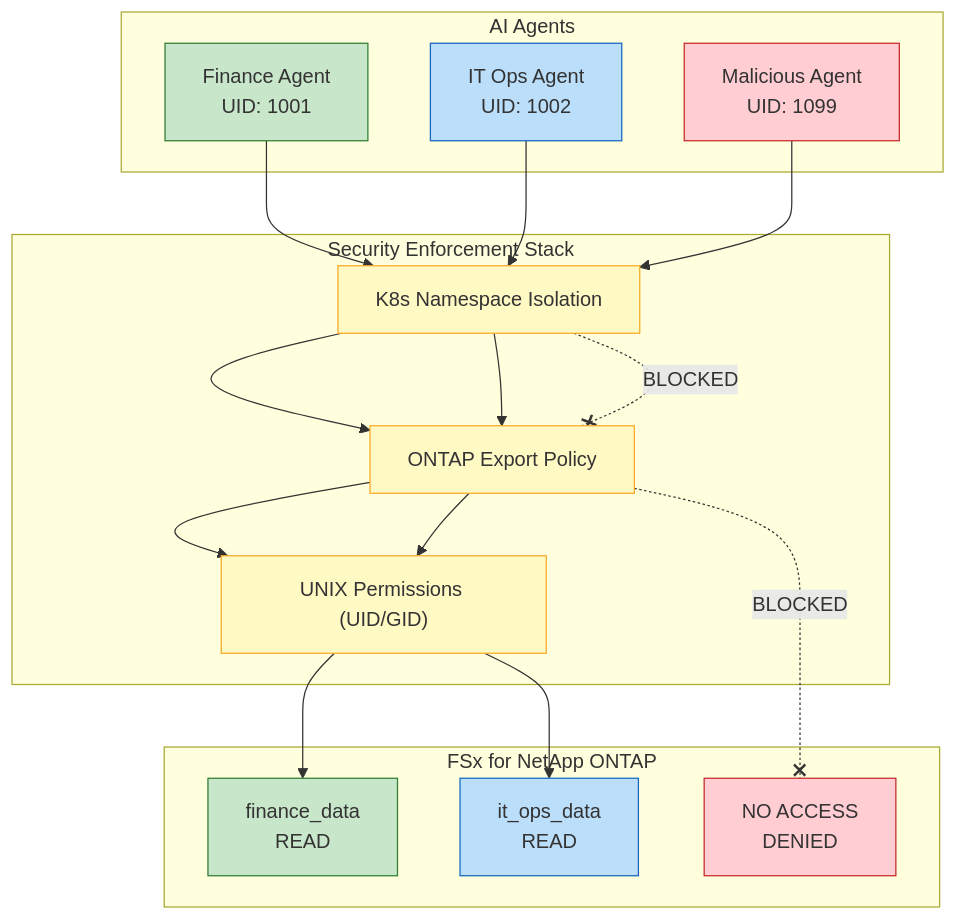
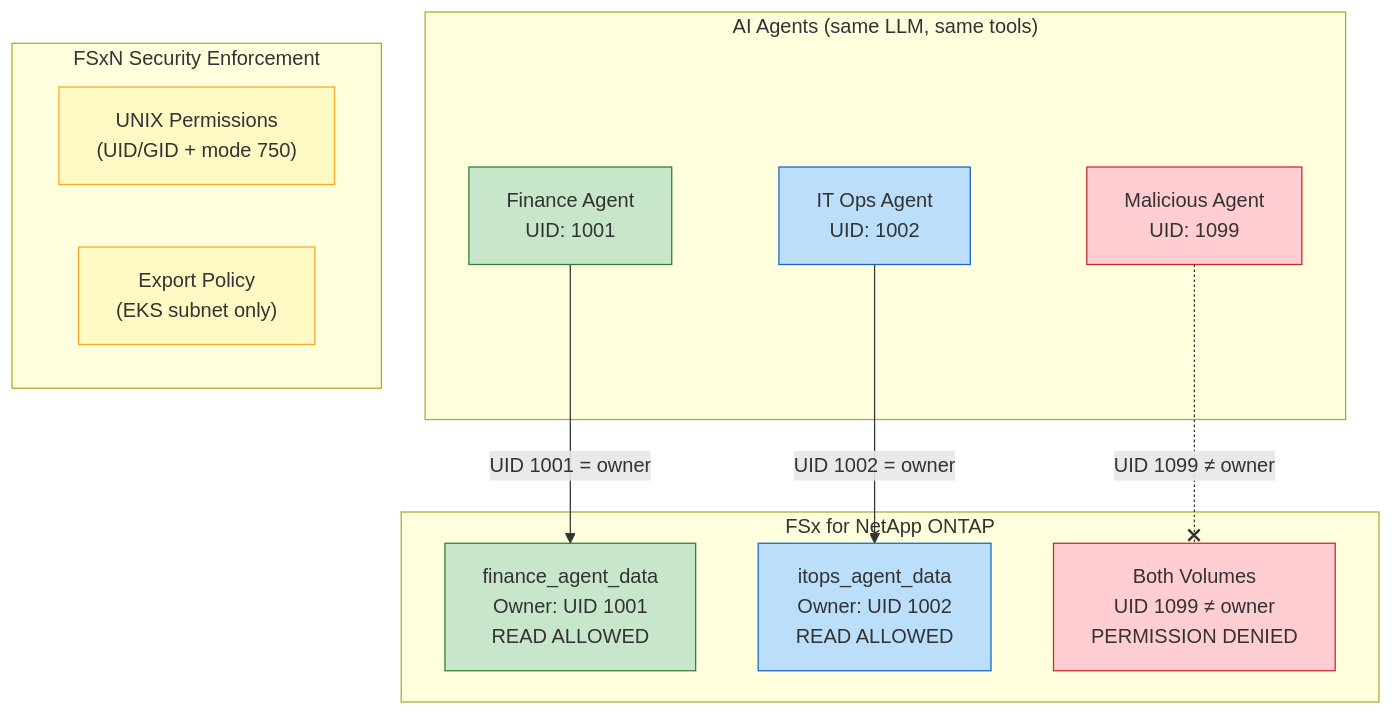
The first of 4 diagrams in content/600_module6_agentic_fsxn/650_Summary.md (git4example/genai-fsx-netapp-ontap-workshop-on-eks-auto), drawn with Mermaid before and after one commit. The commit also changed other lines of this file and 3 other files, not shown here.

First line of the commit message:
fix(module6): Align all module files with Trident PVC + UID-based security model

````diff
--- a/content/600_module6_agentic_fsxn/650_Summary.md
+++ b/content/600_module6_agentic_fsxn/650_Summary.md
@@ -10,34 +10,32 @@
 ```mermaid
 flowchart TD
-    subgraph Agents["AI Agents"]
+    subgraph Agents["AI Agents (same LLM, same tools)"]
         FA["Finance Agent\nUID: 1001"]
         IA["IT Ops Agent\nUID: 1002"]
         MA["Malicious Agent\nUID: 1099"]
     end
 
-    subgraph Security["Security Enforcement Stack"]
-        L1["K8s Namespace Isolation"]
-        L2["ONTAP Export Policy"]
-        L3["UNIX Permissions (UID/GID)"]
+    subgraph Security["FSxN Security Enforcement"]
+        L1["UNIX Permissions\n(UID/GID + mode 750)"]
+        L2["Export Policy\n(EKS subnet only)"]
     end
 
     subgraph FSxN["FSx for NetApp ONTAP"]
-        FV["finance_data\nREAD"]
-        IV["it_ops_data\nREAD"]
-        BL["NO ACCESS\nDENIED"]
+        FV["finance_agent_data\nOwner: UID 1001\nREAD ALLOWED"]
+        IV["itops_agent_data\nOwner: UID 1002\nREAD ALLOWED"]
+        BL["Both Volumes\nUID 1099 ≠ owner\nPERMISSION DENIED"]
     end
 
-    FA --> L1 --> L2 --> L3 --> FV
-    IA --> L1 --> L2 --> L3 --> IV
-    MA --> L1 -.-x|BLOCKED| L2 -.-x|BLOCKED| BL
+    FA -->|"UID 1001 = owner"| FV
+    IA -->|"UID 1002 = owner"| IV
+    MA -.-x|"UID 1099 ≠ owner"| BL
 
     style FA fill:#c8e6c9,stroke:#2e7d32
     style IA fill:#bbdefb,stroke:#1565c0
     style MA fill:#ffcdd2,stroke:#c62828
     style FV fill:#c8e6c9,stroke:#2e7d32
     style IV fill:#bbdefb,stroke:#1565c0
     style BL fill:#ffcdd2,stroke:#c62828
     style L1 fill:#fff9c4,stroke:#f9a825
     style L2 fill:#fff9c4,stroke:#f9a825
-    style L3 fill:#fff9c4,stroke:#f9a825
 ```
````
